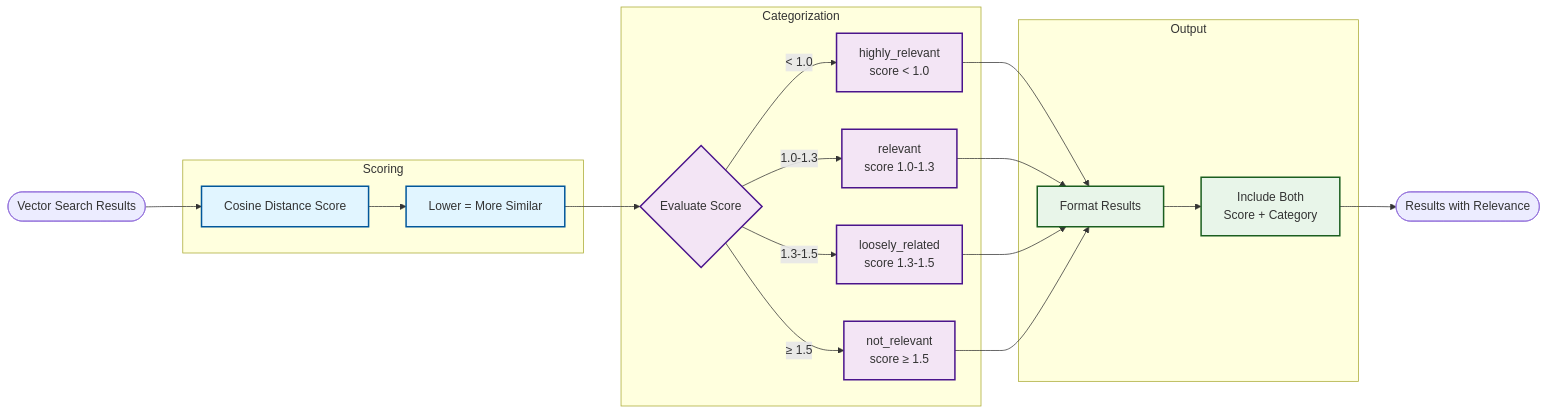
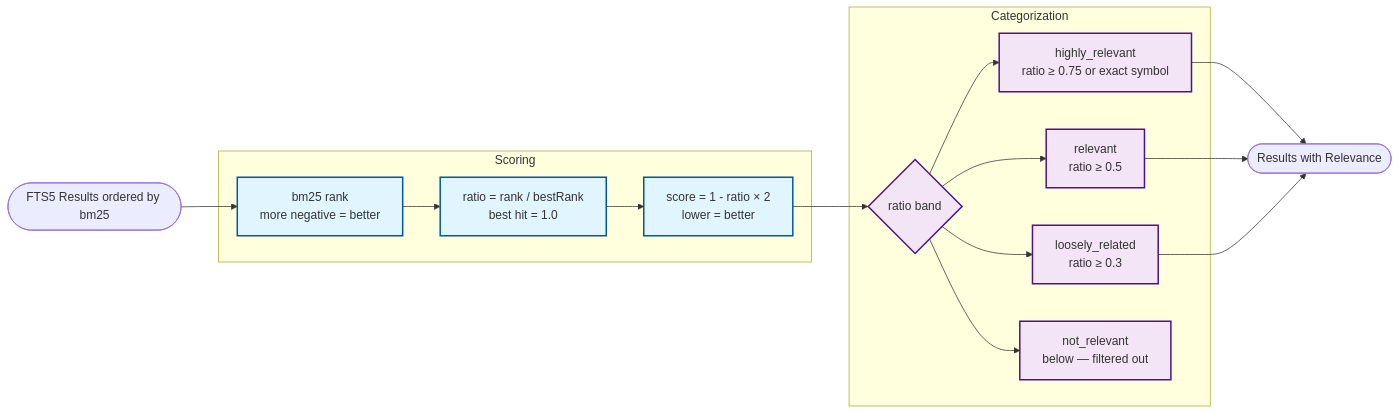
The third of 4 diagrams in docs/architecture/data-flow.md (getlien/lien), drawn with Mermaid before and after one commit. The commit also changed other lines of this file and 131 other files, not shown here.

````diff
--- a/docs/architecture/data-flow.md
+++ b/docs/architecture/data-flow.md
@@ -306,48 +168,37 @@
 ```mermaid
 flowchart LR
-    START([Vector Search Results])
-    
+    START([FTS5 Results ordered by bm25])
+
     subgraph "Scoring"
-        COSINE[Cosine Distance Score]
-        NORMALIZE[Lower = More Similar]
+        RANK[bm25 rank<br/>more negative = better]
+        RATIO[ratio = rank / bestRank<br/>best hit = 1.0]
+        SCORE[score = 1 - ratio × 2<br/>lower = better]
     end
-    
+
     subgraph "Categorization"
-        EVALUATE{Evaluate Score}
-        HIGHLY["highly_relevant<br/>score < 1.0"]
-        RELEVANT["relevant<br/>score 1.0-1.3"]
-        LOOSELY["loosely_related<br/>score 1.3-1.5"]
-        NOT_REL["not_relevant<br/>score ≥ 1.5"]
+        BANDS{ratio band}
+        HIGH[highly_relevant<br/>ratio ≥ 0.75 or exact symbol]
+        REL[relevant<br/>ratio ≥ 0.5]
+        LOOSE[loosely_related<br/>ratio ≥ 0.3]
+        NOT[not_relevant<br/>below — filtered out]
     end
-    
-    subgraph "Output"
-        FORMAT[Format Results]
-        INCLUDE[Include Both<br/>Score + Category]
-    end
-    
+
     END([Results with Relevance])
-    
-    START --> COSINE
-    COSINE --> NORMALIZE
-    NORMALIZE --> EVALUATE
-    EVALUATE -->|< 1.0| HIGHLY
-    EVALUATE -->|1.0-1.3| RELEVANT
-    EVALUATE -->|1.3-1.5| LOOSELY
-    EVALUATE -->|≥ 1.5| NOT_REL
-    
-    HIGHLY --> FORMAT
-    RELEVANT --> FORMAT
-    LOOSELY --> FORMAT
-    NOT_REL --> FORMAT
-    FORMAT --> INCLUDE
-    INCLUDE --> END
-    
-    %% Styling
+
+    START --> RANK
+    RANK --> RATIO
+    RATIO --> SCORE
+    SCORE --> BANDS
+    BANDS --> HIGH
+    BANDS --> REL
+    BANDS --> LOOSE
+    BANDS --> NOT
+    HIGH --> END
+    REL --> END
+    LOOSE --> END
+
     classDef scoreClass fill:#e1f5ff,stroke:#01579b,stroke-width:2px
     classDef catClass fill:#f3e5f5,stroke:#4a148c,stroke-width:2px
-    classDef outputClass fill:#e8f5e9,stroke:#1b5e20,stroke-width:2px
-    
-    class COSINE,NORMALIZE scoreClass
-    class EVALUATE,HIGHLY,RELEVANT,LOOSELY,NOT_REL catClass
-    class FORMAT,INCLUDE outputClass
+    class RANK,RATIO,SCORE scoreClass
+    class BANDS,HIGH,REL,LOOSE,NOT catClass
 ```
````
